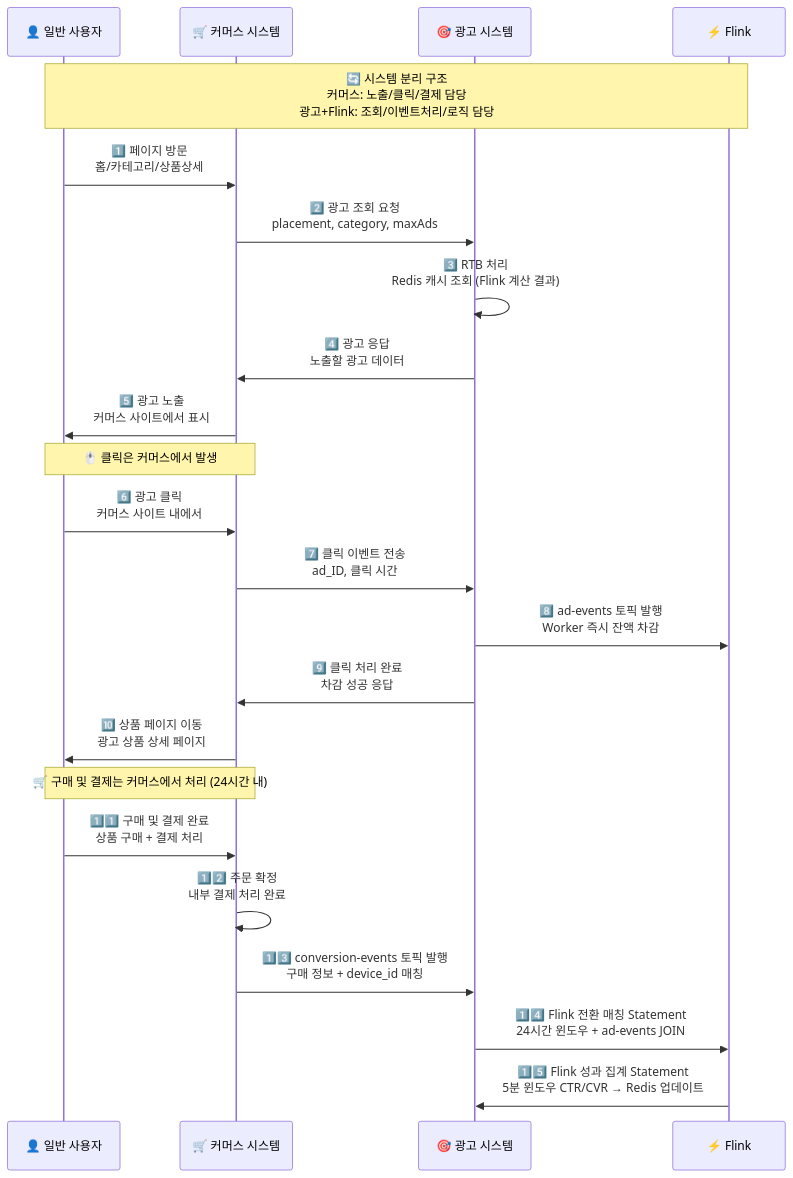
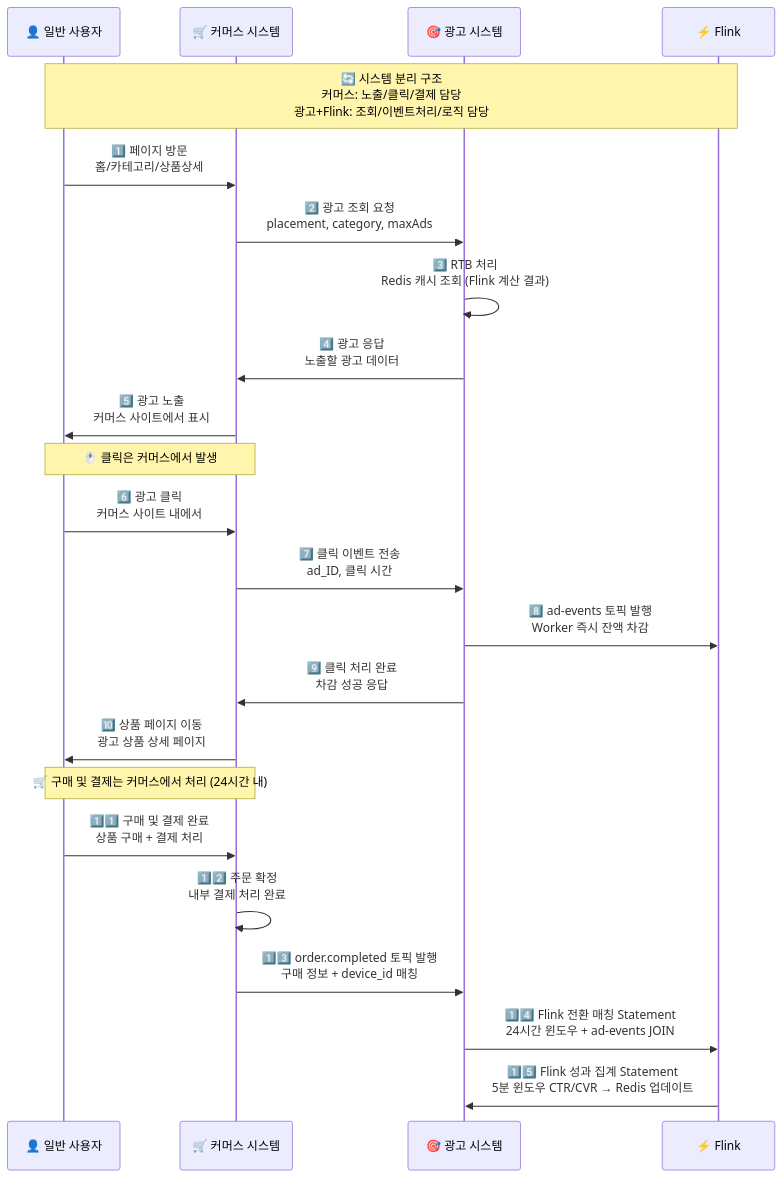
The fourth of 5 diagrams in docs/2. 설계/2-1. 업무흐름.md (smk692/advertisement-project), drawn with Mermaid before and after one commit. The commit also changed other lines of this file and 5 other files, not shown here.

Commit message:
refactor: conversion-events를 order.completed로 변경 및 스키마 업데이트 - 토픽명 변경: conversion-events → order.completed - 실제 커머스 시스템에서 발행되는 토픽에 맞춰 스키마 단순화 - 필드 변경: user_id, mobile_device_id, order_id만 포함 - Flink SQL 매칭 로직 업데이트: mobile_device_id 기준 매칭 - API 문서 및 설계 문서 전체 동기화

````diff
--- a/docs/2. 설계/2-1. 업무흐름.md
+++ b/docs/2. 설계/2-1. 업무흐름.md
@@ -174,31 +174,31 @@
 ```mermaid
 sequenceDiagram
     participant U as 👤 일반 사용자
     participant C as 🛒 커머스 시스템
     participant A as 🎯 광고 시스템
     participant F as ⚡ Flink
     
     Note over U,F: 🔄 시스템 분리 구조<br/>커머스: 노출/클릭/결제 담당<br/>광고+Flink: 조회/이벤트처리/로직 담당
     
     U->>C: 1️⃣ 페이지 방문<br/>홈/카테고리/상품상세
     C->>A: 2️⃣ 광고 조회 요청<br/>placement, category, maxAds
     A->>A: 3️⃣ RTB 처리<br/>Redis 캐시 조회 (Flink 계산 결과)
     A->>C: 4️⃣ 광고 응답<br/>노출할 광고 데이터
     C->>U: 5️⃣ 광고 노출<br/>커머스 사이트에서 표시
     
     Note over U,C: 🖱️ 클릭은 커머스에서 발생
     
     U->>C: 6️⃣ 광고 클릭<br/>커머스 사이트 내에서
     C->>A: 7️⃣ 클릭 이벤트 전송<br/>ad_ID, 클릭 시간
     A->>F: 8️⃣ ad-events 토픽 발행<br/>Worker 즉시 잔액 차감
     A->>C: 9️⃣ 클릭 처리 완료<br/>차감 성공 응답
     C->>U: 🔟 상품 페이지 이동<br/>광고 상품 상세 페이지
     
     Note over U,C: 🛒 구매 및 결제는 커머스에서 처리 (24시간 내)
     
     U->>C: 1️⃣1️⃣ 구매 및 결제 완료<br/>상품 구매 + 결제 처리
     C->>C: 1️⃣2️⃣ 주문 확정<br/>내부 결제 처리 완료
-    C->>A: 1️⃣3️⃣ conversion-events 토픽 발행<br/>구매 정보 + device_id 매칭
+    C->>A: 1️⃣3️⃣ order.completed 토픽 발행<br/>구매 정보 + device_id 매칭
     A->>F: 1️⃣4️⃣ Flink 전환 매칭 Statement<br/>24시간 윈도우 + ad-events JOIN
     F->>A: 1️⃣5️⃣ Flink 성과 집계 Statement<br/>5분 윈도우 CTR/CVR → Redis 업데이트
 ```
````
